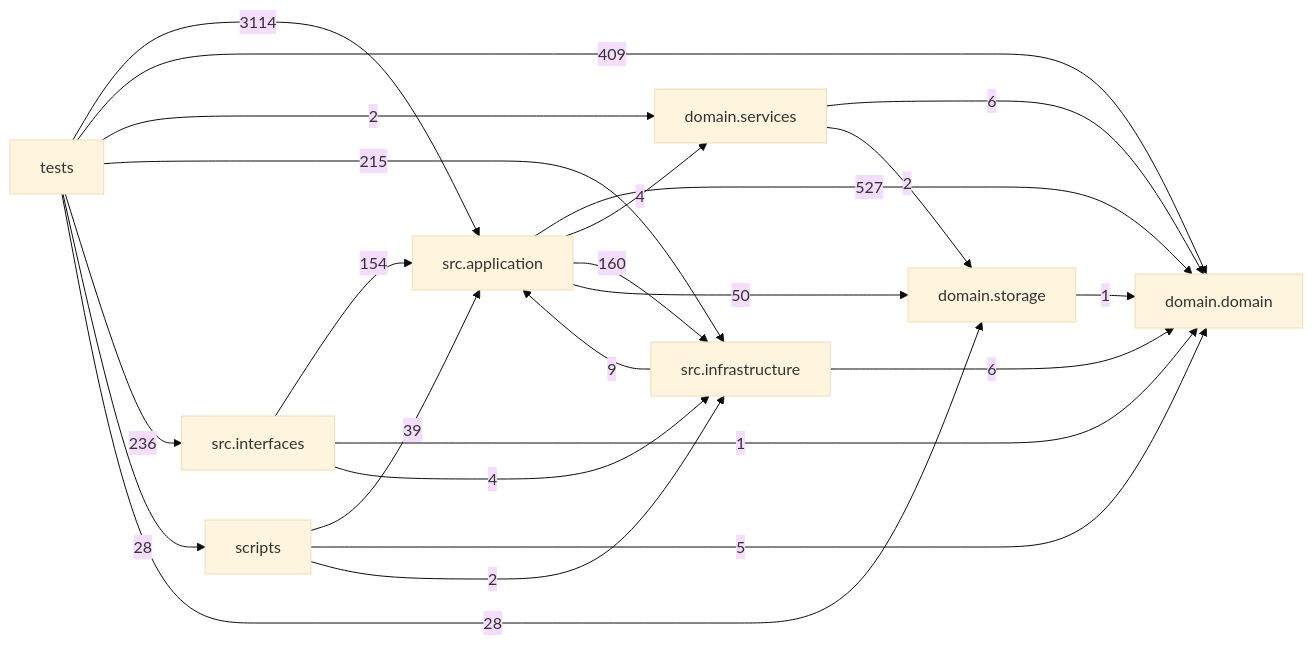
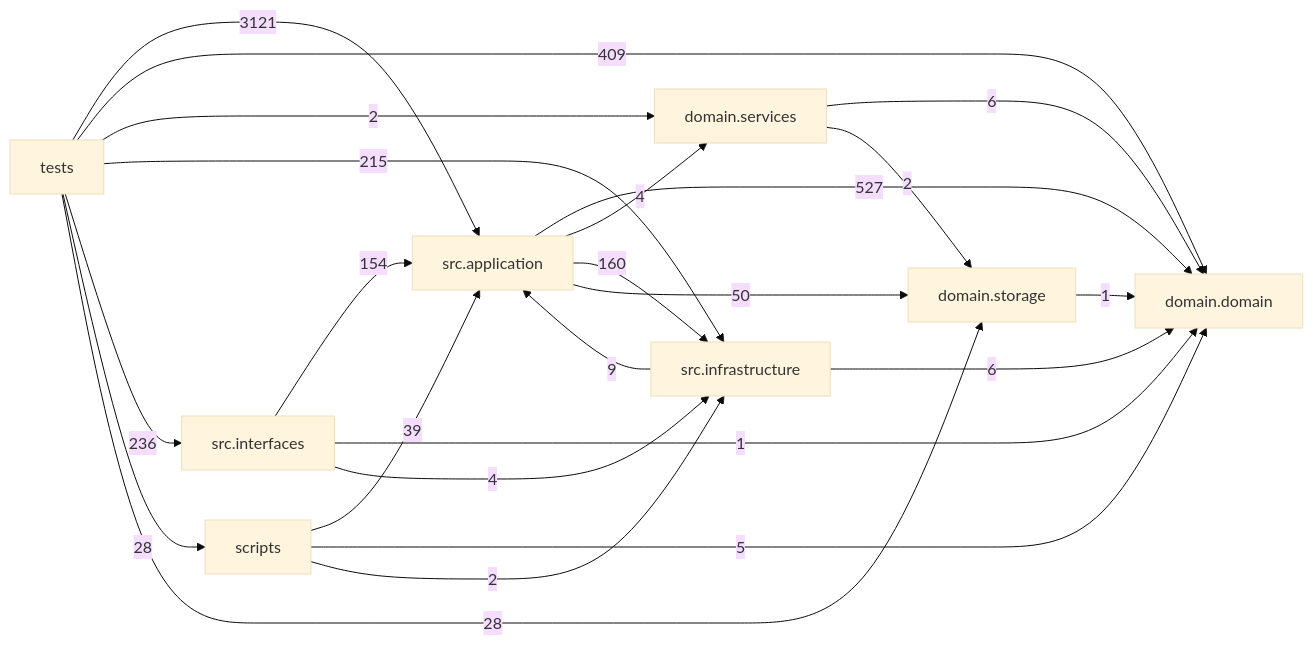
One commit to liuxie066/options-monitor changed the diagram in docs/DEPENDENCY_GRAPH.md. Above: the diagram before and after it, drawn with Mermaid (base theme). The commit also changed other lines of this file and 4 other files, not shown here.

````diff
--- a/docs/DEPENDENCY_GRAPH.md
+++ b/docs/DEPENDENCY_GRAPH.md
@@ -24,33 +24,33 @@
 ```mermaid
 flowchart LR
   tests["tests"]
   scripts["scripts"]
   interfaces["src.interfaces"]
   application["src.application"]
   infrastructure["src.infrastructure"]
   domain_services["domain.services"]
   domain["domain.domain"]
   storage["domain.storage"]
   application -->|527| domain
   application -->|4| domain_services
   application -->|160| infrastructure
   application -->|50| storage
   domain_services -->|6| domain
   domain_services -->|2| storage
   infrastructure -->|9| application
   infrastructure -->|6| domain
   interfaces -->|154| application
   interfaces -->|1| domain
   interfaces -->|4| infrastructure
   scripts -->|39| application
   scripts -->|5| domain
   scripts -->|2| infrastructure
   storage -->|1| domain
-  tests -->|3114| application
+  tests -->|3121| application
   tests -->|409| domain
   tests -->|2| domain_services
   tests -->|215| infrastructure
   tests -->|236| interfaces
   tests -->|28| scripts
   tests -->|28| storage
 ```
````
